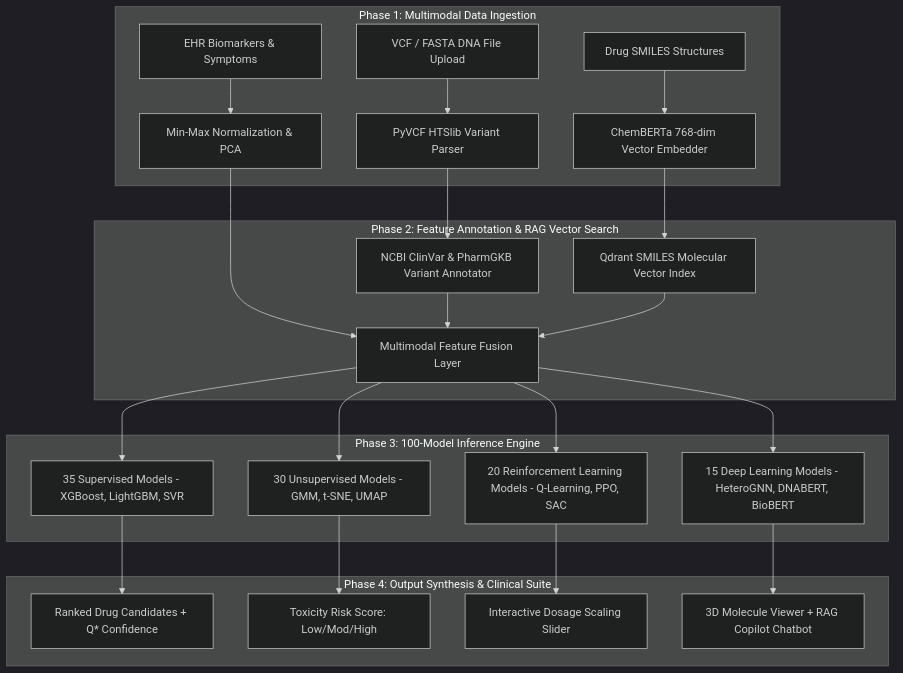
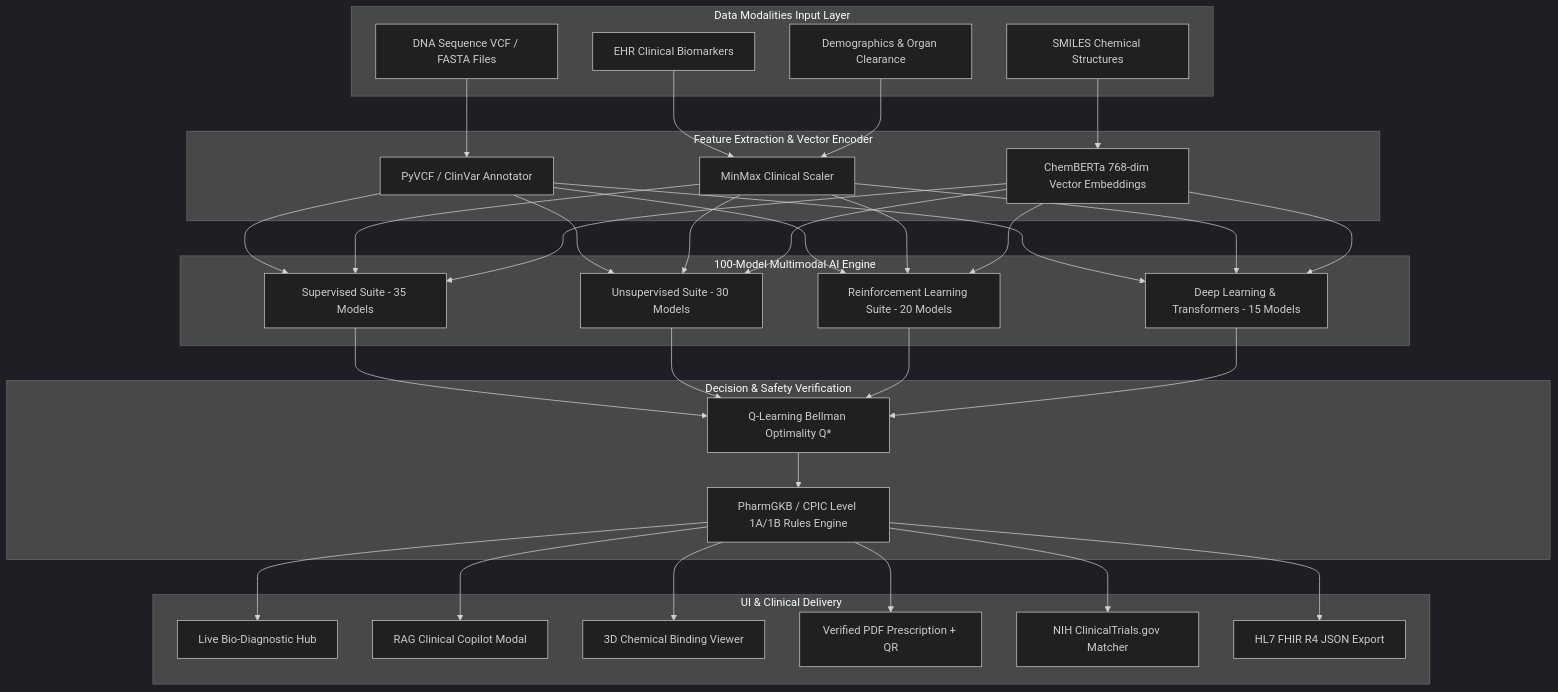
Before and after one commit to udbhav968-creator/medicine-recommendation-: the first of 2 diagrams in README.md, drawn with Mermaid (dark theme). The commit also changed other lines of this file, not shown here.

Commit message:
docs: rewrite README with deep 100-model training pipeline, multi-omics dataset matrix & Vercel deployment links

````diff
--- a/README.md
+++ b/README.md
@@ -43,30 +19,49 @@
 ```mermaid
-flowchart TD
-    subgraph Phase 1: Multimodal Data Ingestion
-        A1[VCF / FASTA DNA File Upload] --> B1[PyVCF HTSlib Variant Parser]
-        A2[EHR Biomarkers & Symptoms] --> B2[Min-Max Normalization & PCA]
-        A3[Drug SMILES Structures] --> B3[ChemBERTa 768-dim Vector Embedder]
+graph TD
+    subgraph Data Modalities Input Layer
+        DNA[DNA Sequence VCF / FASTA Files]
+        EHR[EHR Clinical Biomarkers]
+        SMILES[SMILES Chemical Structures]
+        DEMO[Demographics & Organ Clearance]
     end
 
-    subgraph Phase 2: Feature Annotation & RAG Vector Search
-        B1 --> C1[NCBI ClinVar & PharmGKB Variant Annotator]
-        B3 --> C2[Qdrant SMILES Molecular Vector Index]
-        B2 --> C3[Multimodal Feature Fusion Layer]
-        C1 --> C3
-        C2 --> C3
+    subgraph Feature Extraction & Vector Encoder
+        PyVCF[PyVCF / ClinVar Annotator]
+        Scaler[MinMax Clinical Scaler]
+        ChemBERTa[ChemBERTa 768-dim Vector Embeddings]
     end
 
-    subgraph Phase 3: 100-Model Inference Engine
-        C3 --> D1[35 Supervised Models - XGBoost, LightGBM, SVR]
-        C3 --> D2[30 Unsupervised Models - GMM, t-SNE, UMAP]
-        C3 --> D3[20 Reinforcement Learning Models - Q-Learning, PPO, SAC]
-        C3 --> D4[15 Deep Learning Models - HeteroGNN, DNABERT, BioBERT]
+    subgraph 100-Model Multimodal AI Engine
+        SUP[Supervised Suite - 35 Models]
+        UNSUP[Unsupervised Suite - 30 Models]
+        RL[Reinforcement Learning Suite - 20 Models]
+        DL[Deep Learning & Transformers - 15 Models]
     end
 
-    subgraph Phase 4: Output Synthesis & Clinical Suite
-        D1 --> E1[Ranked Drug Candidates + Q* Confidence]
-        D2 --> E2[Toxicity Risk Score: Low/Mod/High]
-        D3 --> E3[Interactive Dosage Scaling Slider]
-        D4 --> E4[3D Molecule Viewer + RAG Copilot Chatbot]
+    subgraph Decision & Safety Verification
+        CPIC[PharmGKB / CPIC Level 1A/1B Rules Engine]
+        Bellman[Q-Learning Bellman Optimality Q*]
     end
+
+    subgraph UI & Clinical Delivery
+        Hub[Live Bio-Diagnostic Hub]
+        Copilot[RAG Clinical Copilot Modal]
+        Molecule[3D Chemical Binding Viewer]
+        PDF[Verified PDF Prescription + QR]
+        Trials[NIH ClinicalTrials.gov Matcher]
+        FHIR[HL7 FHIR R4 JSON Export]
+    end
+
+    DNA --> PyVCF
+    EHR --> Scaler
+    SMILES --> ChemBERTa
+    DEMO --> Scaler
+
+    PyVCF --> SUP & UNSUP & RL & DL
+    Scaler --> SUP & UNSUP & RL & DL
+    ChemBERTa --> SUP & UNSUP & RL & DL
+
+    SUP & UNSUP & RL & DL --> Bellman
+    Bellman --> CPIC
+    CPIC --> Hub & Copilot & Molecule & PDF & Trials & FHIR
 ```
````
